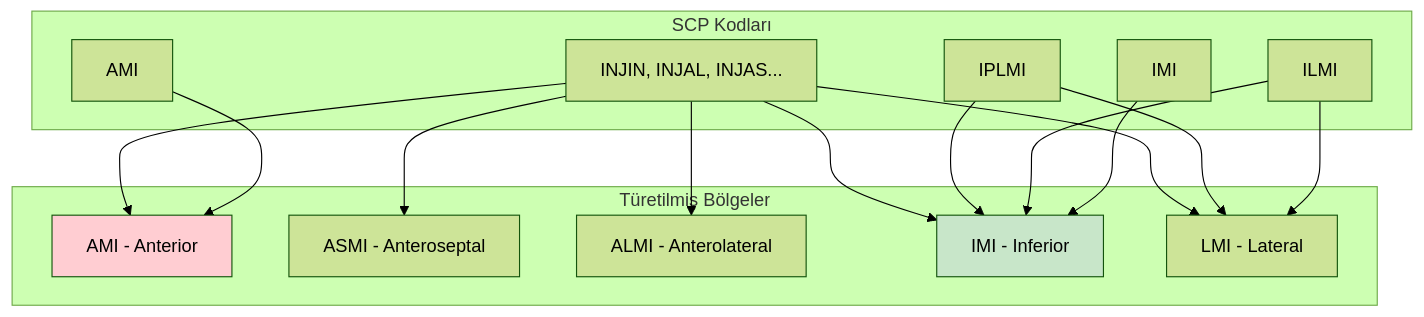
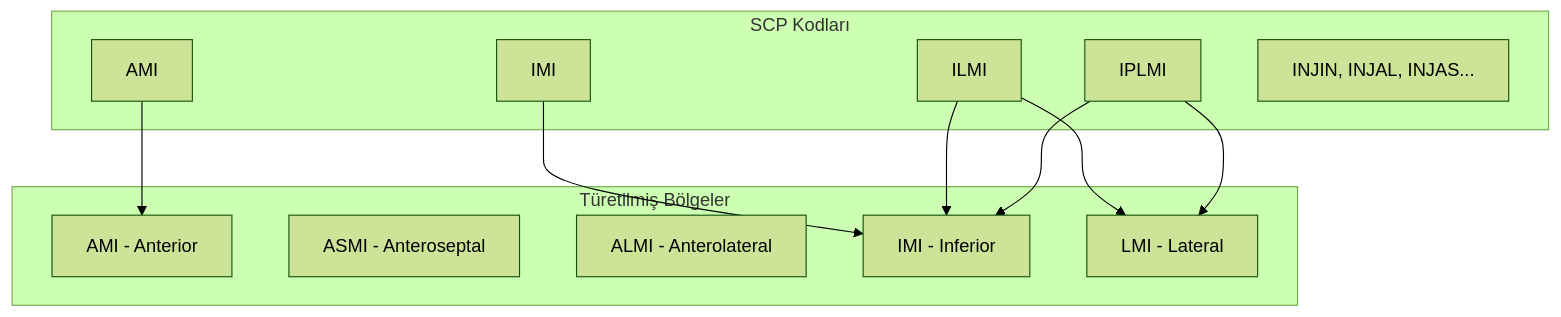
The third of 5 diagrams in docs/diagrams/04_erd_diagram.md (mUsaulug/CardioGuard-AI), drawn with Mermaid (forest theme) before and after one commit. The commit also changed other lines of this file and 5 other files, not shown here.

````diff
--- a/docs/diagrams/04_erd_diagram.md
+++ b/docs/diagrams/04_erd_diagram.md
@@ -264,27 +282,25 @@
 ```mermaid
 graph TB
-    subgraph "SCP Kodları"
+    subgraph SCP_Kodlari["SCP Kodları"]
         AMI_CODE["AMI"]
         IMI_CODE["IMI"]
         ILMI_CODE["ILMI"]
         IPLMI_CODE["IPLMI"]
         INJXX["INJIN, INJAL, INJAS..."]
     end
     
-    subgraph "Türetilmiş Bölgeler"
+    subgraph Turetilmis_Bolgeler["Türetilmiş Bölgeler"]
         AMI["AMI - Anterior"]
         ASMI["ASMI - Anteroseptal"]
         ALMI["ALMI - Anterolateral"]
         IMI["IMI - Inferior"]
         LMI["LMI - Lateral"]
     end
     
     AMI_CODE --> AMI
     IMI_CODE --> IMI
-    ILMI_CODE --> IMI & LMI
-    IPLMI_CODE --> IMI & LMI
-    INJXX --> AMI & ASMI & ALMI & IMI & LMI
-    
-    style AMI fill:#ffcdd2
-    style IMI fill:#c8e6c9
+    ILMI_CODE --> IMI
+    ILMI_CODE --> LMI
+    IPLMI_CODE --> IMI
+    IPLMI_CODE --> LMI
 ```
````
